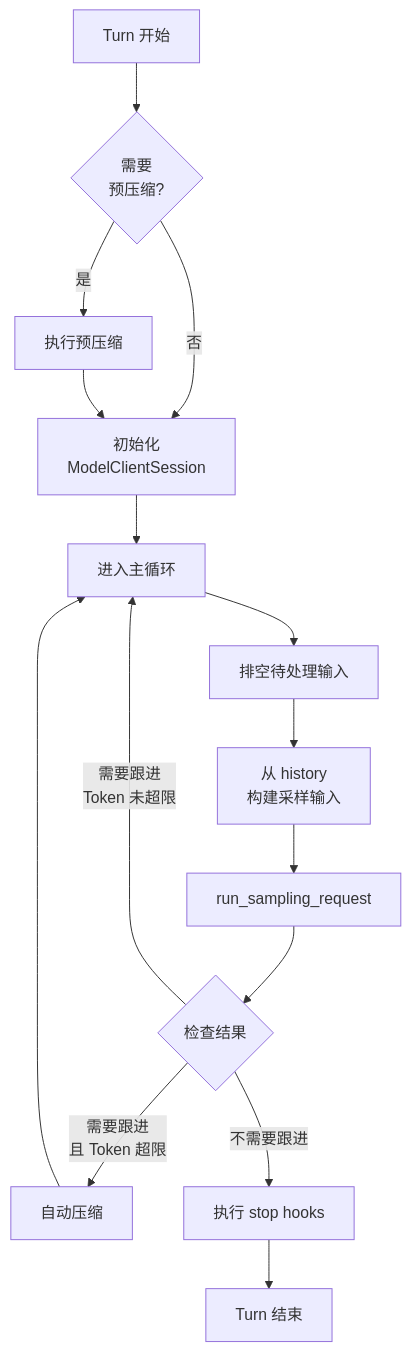
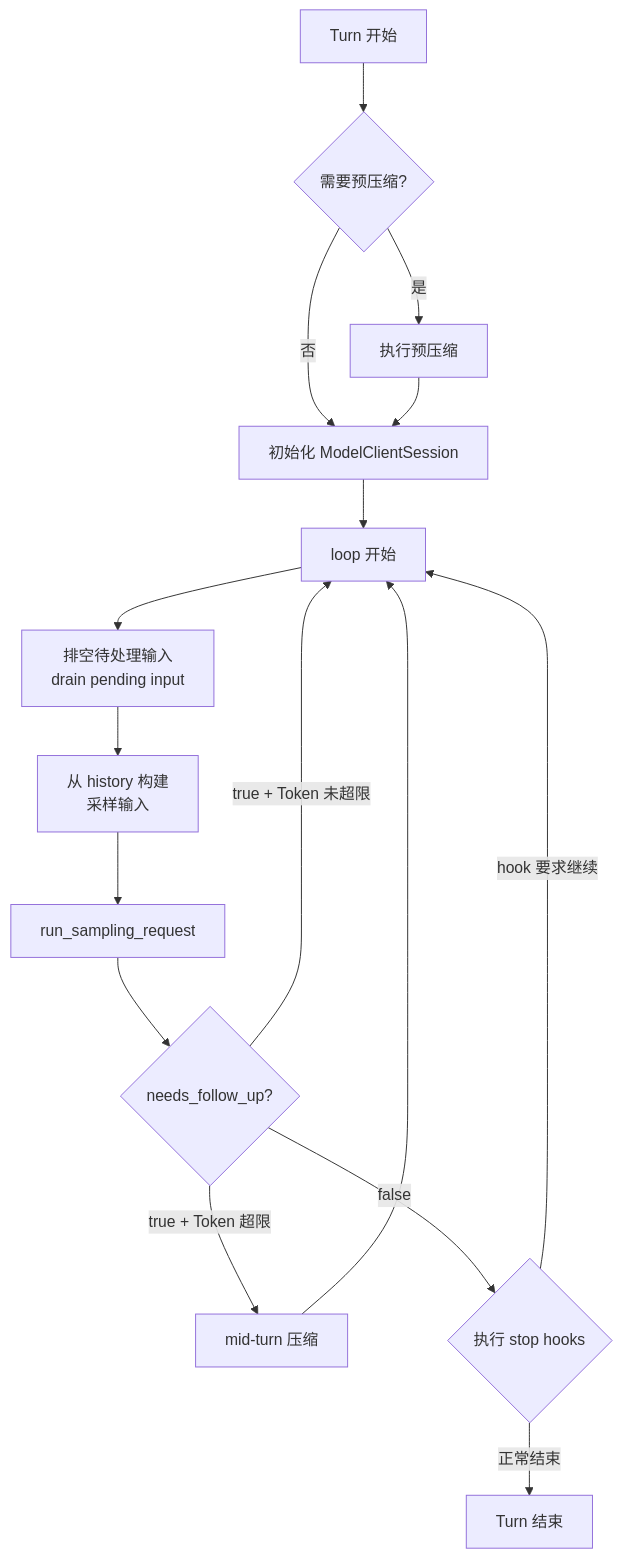
Before and after one commit to yibn2008/learn-codex: the first of 2 diagrams in wiki/03-agent-loop.md, drawn with Mermaid. The commit also changed other lines of this file, not shown here.

````diff
--- a/wiki/03-agent-loop.md
+++ b/wiki/03-agent-loop.md
@@ -147,20 +9,23 @@
 ```mermaid
 graph TD
-    START[Turn 开始] --> COMPACT_CHECK{需要<br/>预压缩?}
-    COMPACT_CHECK -->|是| PRE_COMPACT[执行预压缩]
-    COMPACT_CHECK -->|否| INIT
-    PRE_COMPACT --> INIT[初始化<br/>ModelClientSession]
+    START[Turn 开始] --> PRE{需要预压缩?}
+    PRE -->|是| COMPACT_PRE[执行预压缩]
+    PRE -->|否| INIT
+    COMPACT_PRE --> INIT[初始化 ModelClientSession]
 
-    INIT --> LOOP_START[进入主循环]
+    INIT --> LOOP[loop 开始]
+    LOOP --> DRAIN[排空待处理输入<br/>drain pending input]
+    DRAIN --> INPUT[从 history 构建<br/>采样输入]
+    INPUT --> SAMPLE[run_sampling_request]
 
-    LOOP_START --> DRAIN[排空待处理输入]
-    DRAIN --> BUILD_INPUT[从 history<br/>构建采样输入]
-    BUILD_INPUT --> SAMPLE[run_sampling_request]
+    SAMPLE --> FOLLOWUP{needs_follow_up?}
 
-    SAMPLE --> CHECK{检查结果}
-    CHECK -->|需要跟进<br/>且 Token 超限| AUTO_COMPACT[自动压缩]
-    AUTO_COMPACT --> LOOP_START
-    CHECK -->|需要跟进<br/>Token 未超限| LOOP_START
-    CHECK -->|不需要跟进| HOOKS[执行 stop hooks]
-    HOOKS --> END[Turn 结束]
+    FOLLOWUP -->|true + Token 超限| MID_COMPACT[mid-turn 压缩]
+    MID_COMPACT --> LOOP
+
+    FOLLOWUP -->|true + Token 未超限| LOOP
+
+    FOLLOWUP -->|false| HOOKS{执行 stop hooks}
+    HOOKS -->|hook 要求继续| LOOP
+    HOOKS -->|正常结束| END[Turn 结束]
 ```
````
